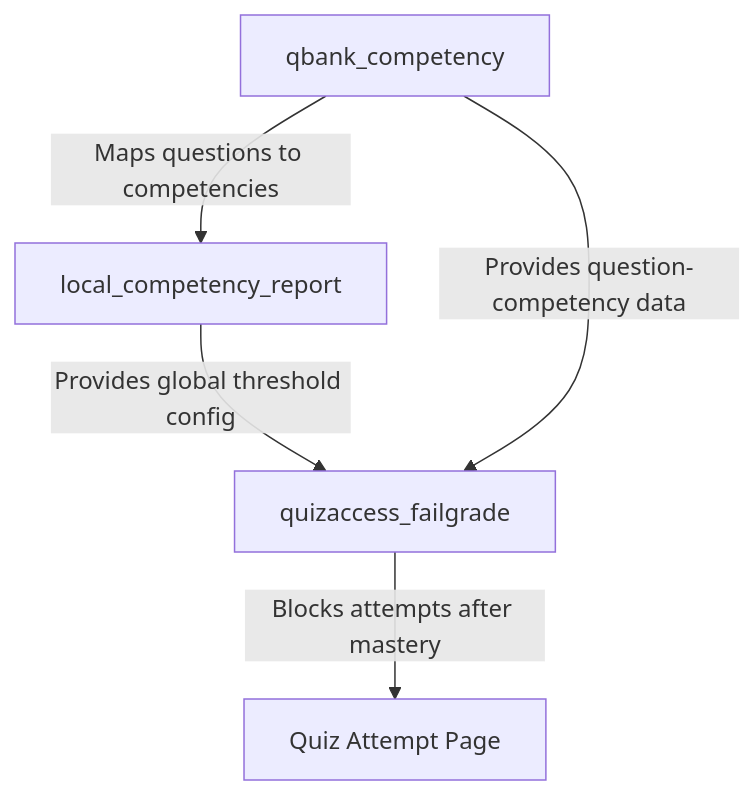
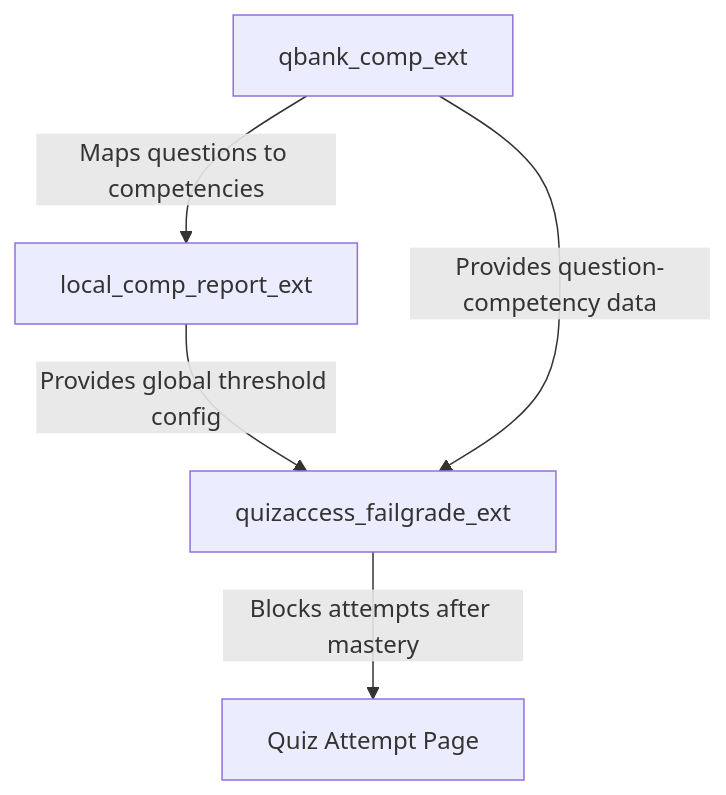
The diagram in README.md (engfeda-ui/failgrade), drawn with Mermaid before and after one commit. The commit also changed other lines of this file and 11 other files, not shown here.

````diff
--- a/README.md
+++ b/README.md
@@ -131,7 +131,7 @@
 ```mermaid
 graph TD
-    A[qbank_competency] -->|Maps questions to competencies| B[local_competency_report]
-    B -->|Provides global threshold config| E[quizaccess_failgrade]
+    A[qbank_comp_ext] -->|Maps questions to competencies| B[local_comp_report_ext]
+    B -->|Provides global threshold config| E[quizaccess_failgrade_ext]
     A -->|Provides question-competency data| E
     E -->|Blocks attempts after mastery| F[Quiz Attempt Page]
 ```
````
